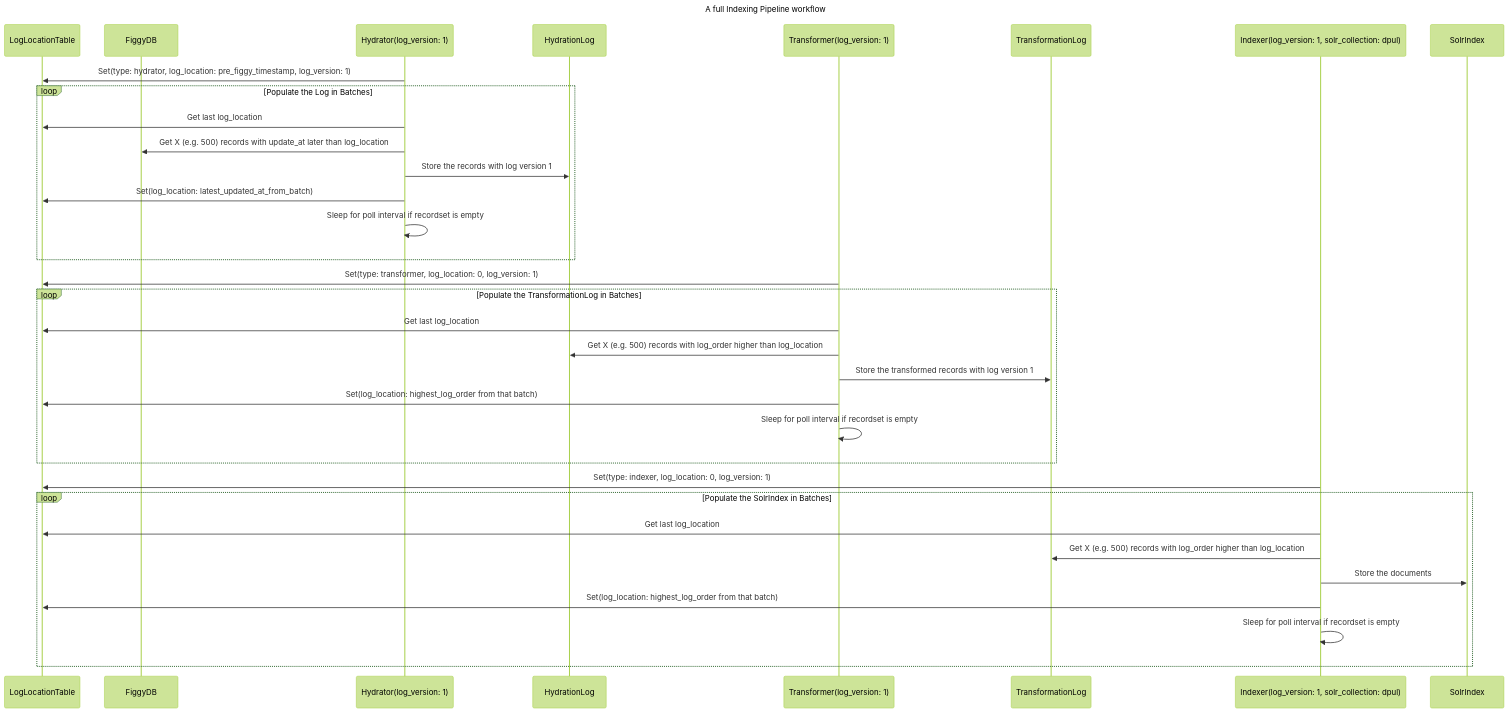
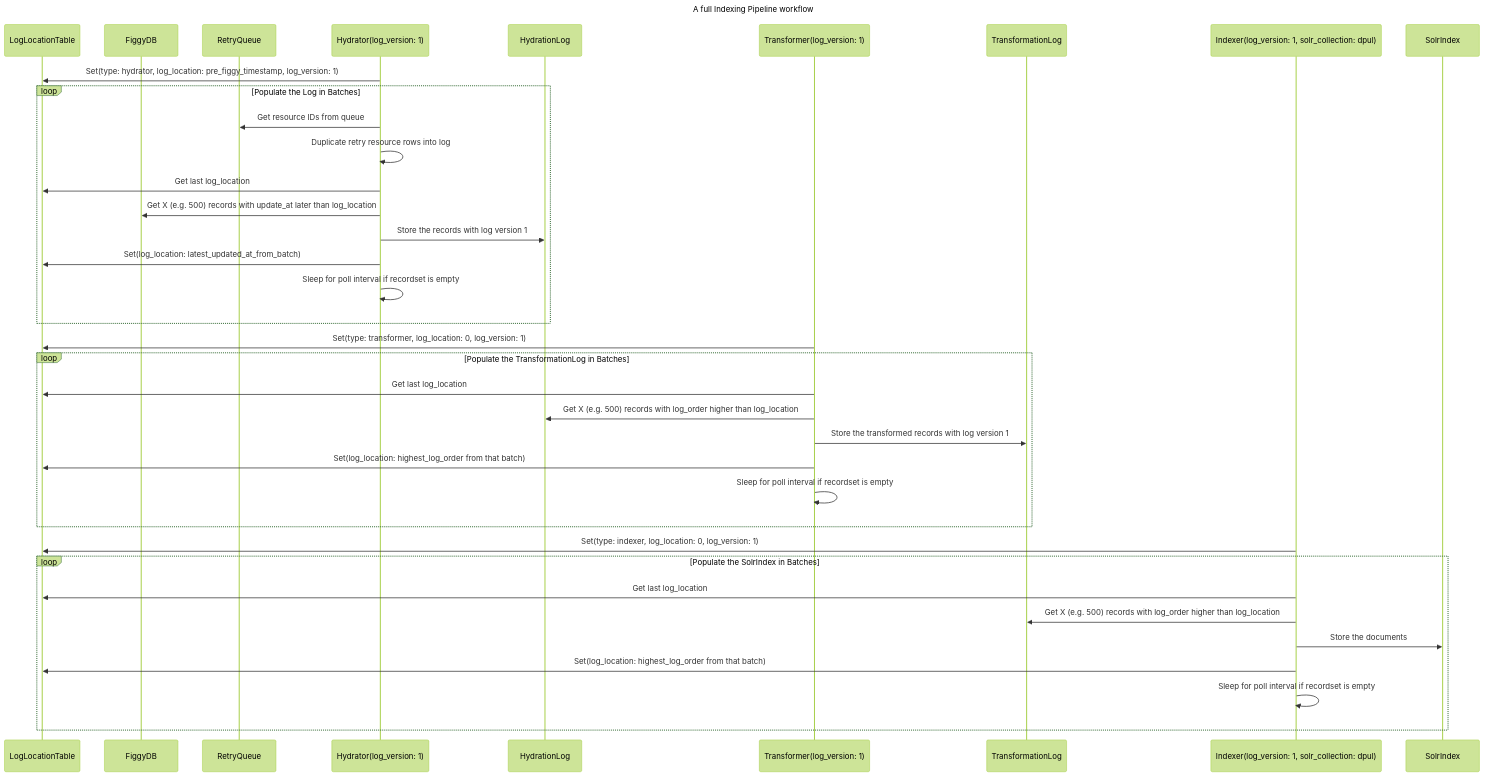
The second of 2 diagrams in architecture-decisions/0002-indexing.md (pulibrary/dpul-collections), drawn with Mermaid (forest theme) before and after one commit. The commit also changed other lines of this file, not shown here.

Commit message:
Add retry queue to diagram

````diff
--- a/architecture-decisions/0002-indexing.md
+++ b/architecture-decisions/0002-indexing.md
@@ -86,42 +86,45 @@
 ```mermaid
 ---
 title: A full Indexing Pipeline workflow
 ---
 
 sequenceDiagram
 Participant LogLocationTable
 Participant FiggyDB
+Participant RetryQueue
 Participant HydratorV1 as Hydrator(log_version: 1)
 Participant HydrationLog
 Participant TransformerV1 as Transformer(log_version: 1)
 Participant TransformationLog
 Participant IndexerV1 as Indexer(log_version: 1, solr_collection: dpul)
 Participant SolrIndex
 
 HydratorV1->>LogLocationTable: Set(type: hydrator, log_location: pre_figgy_timestamp, log_version: 1)
 loop Populate the Log in Batches
+HydratorV1->>RetryQueue: Get resource IDs from queue
+HydratorV1->>HydratorV1: Duplicate retry resource rows into log
 HydratorV1->>LogLocationTable: Get last log_location
 HydratorV1->>FiggyDB: Get X (e.g. 500) records with update_at later than log_location
 HydratorV1->>HydrationLog: Store the records with log version 1
 HydratorV1->>LogLocationTable: Set(log_location: latest_updated_at_from_batch)
 HydratorV1->>HydratorV1: Sleep for poll interval if recordset is empty
 end
 
 TransformerV1->>LogLocationTable: Set(type: transformer, log_location: 0, log_version: 1)
 loop Populate the TransformationLog in Batches
 TransformerV1->>LogLocationTable: Get last log_location
 TransformerV1->>HydrationLog: Get X (e.g. 500) records with log_order higher than log_location
 TransformerV1->>TransformationLog: Store the transformed records with log version 1
 TransformerV1->>LogLocationTable: Set(log_location: highest_log_order from that batch)
 TransformerV1->>TransformerV1: Sleep for poll interval if recordset is empty
 end
 
 IndexerV1->>LogLocationTable: Set(type: indexer, log_location: 0, log_version: 1)
 loop Populate the SolrIndex in Batches
 IndexerV1->>LogLocationTable: Get last log_location
 IndexerV1->>TransformationLog: Get X (e.g. 500) records with log_order higher than log_location
 IndexerV1->>SolrIndex: Store the documents
 IndexerV1->>LogLocationTable: Set(log_location: highest_log_order from that batch)
 IndexerV1->>IndexerV1: Sleep for poll interval if recordset is empty
 end
 ```
````
